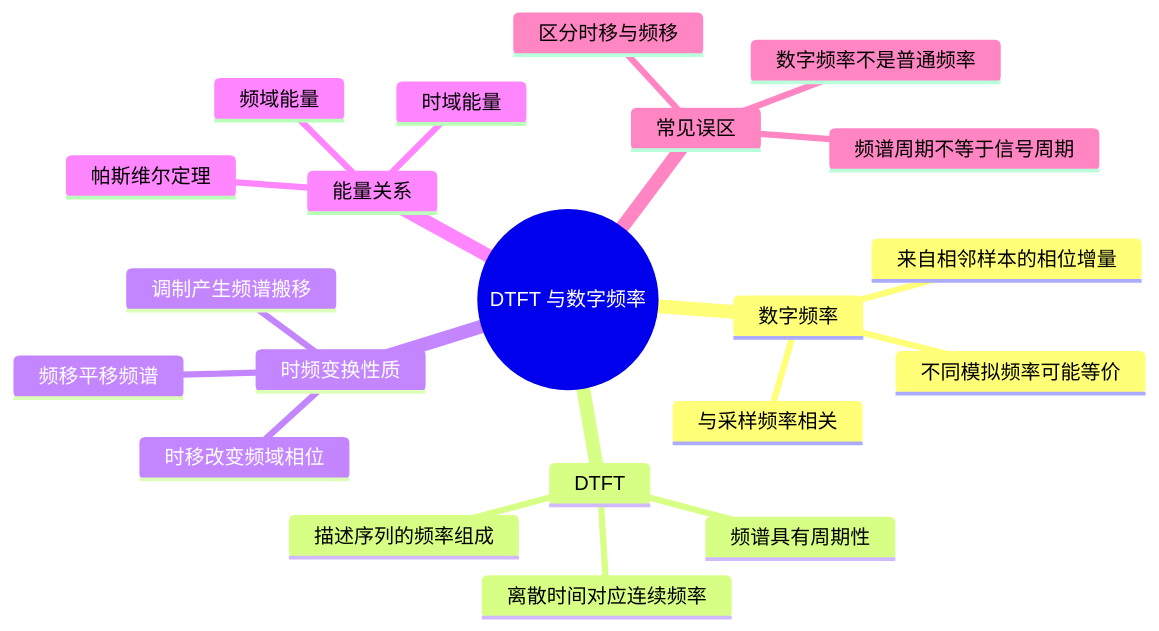
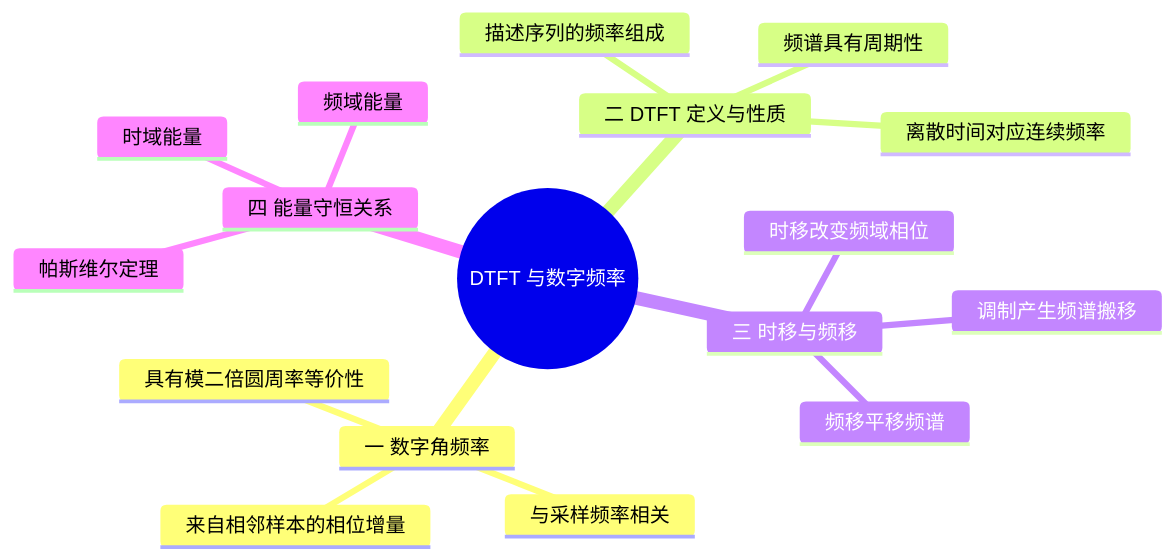
Before and after one commit to 3280441136-lab/My_Obsidian_Notes: the diagram in 学习/学校课程/数字信号处理（3学分）/04 第4课 DTFT与数字频率.md, drawn with Mermaid. The commit also changed 11 other files, not shown here.

````diff
--- a/学习/学校课程/数字信号处理（3学分）/04 第4课 DTFT与数字频率.md
+++ b/学习/学校课程/数字信号处理（3学分）/04 第4课 DTFT与数字频率.md
@@ -5,24 +5,20 @@
 ```mermaid
 mindmap
   root((DTFT 与数字频率))
-    数字频率
+    一 数字角频率
       来自相邻样本的相位增量
       与采样频率相关
-      不同模拟频率可能等价
-    DTFT
+      具有模二倍圆周率等价性
+    二 DTFT 定义与性质
       离散时间对应连续频率
       频谱具有周期性
       描述序列的频率组成
-    时频变换性质
+    三 时移与频移
       时移改变频域相位
       频移平移频谱
       调制产生频谱搬移
-    能量关系
+    四 能量守恒关系
       时域能量
       频域能量
       帕斯维尔定理
-    常见误区
-      数字频率不是普通频率
-      频谱周期不等于信号周期
-      区分时移与频移
 ```
````
